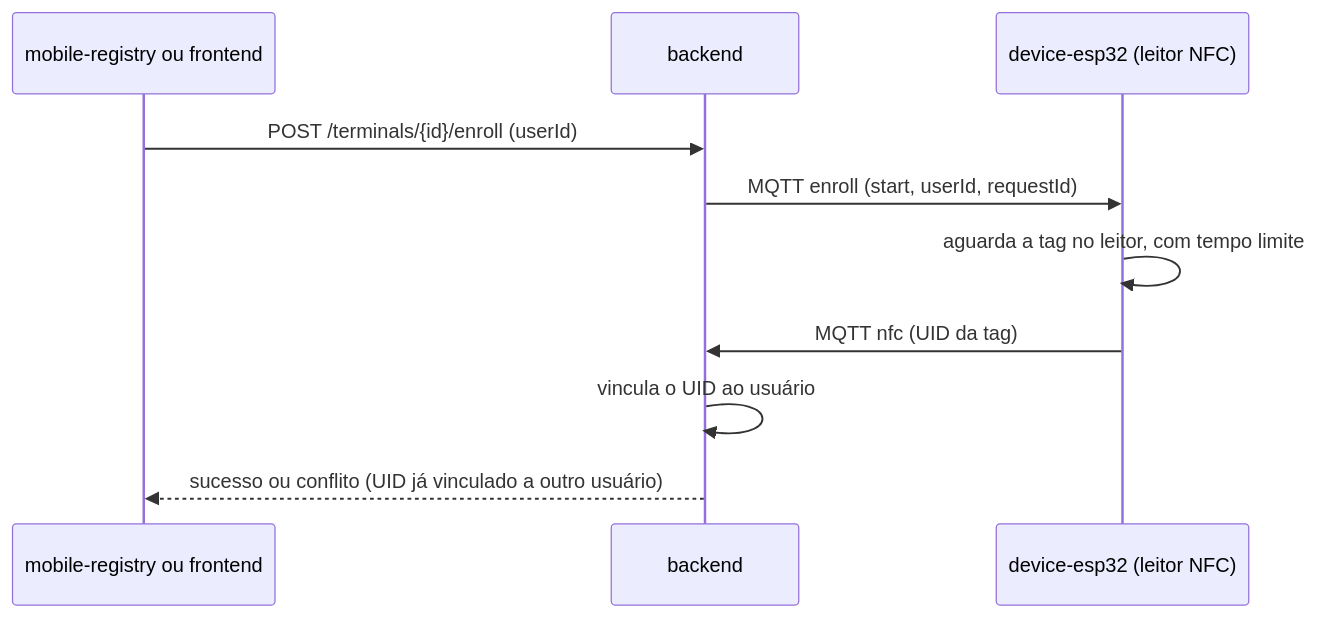
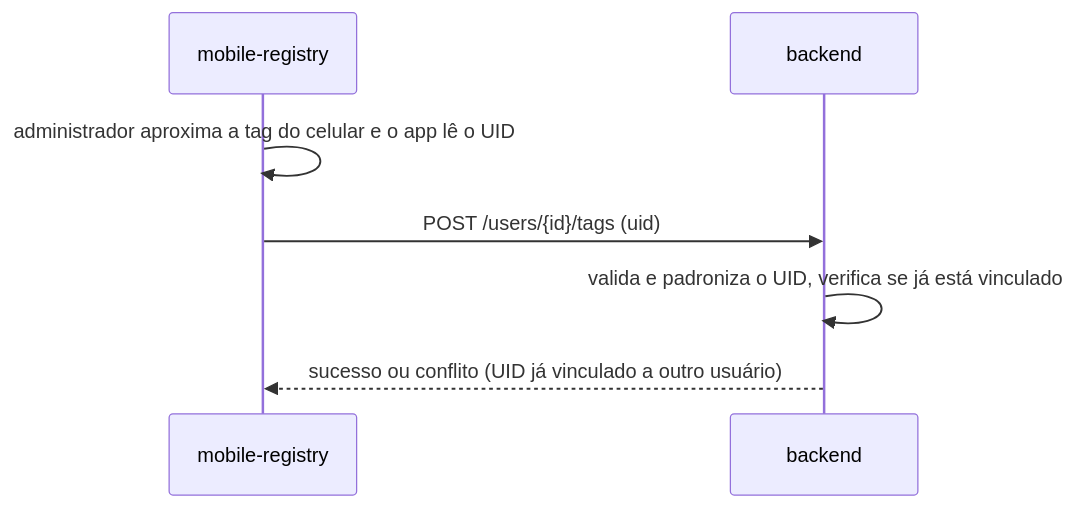
Before and after one commit to Helloworld-fatec/access-control: the fourth of 5 diagrams in docs/arquitetura.md, drawn with Mermaid. The commit also changed other lines of this file and 1 other file, not shown here.

First line of the commit message:
docs(arquitetura): cadastro de tags NFC permanece no mobile-registry

````diff
--- a/docs/arquitetura.md
+++ b/docs/arquitetura.md
@@ -174,13 +172,10 @@
 ```mermaid
 sequenceDiagram
-  participant A as mobile-registry ou frontend
+  participant A as mobile-registry
   participant B as backend
-  participant E as device-esp32 (leitor NFC)
 
-  A->>B: POST /terminals/{id}/enroll (userId)
-  B->>E: MQTT enroll (start, userId, requestId)
-  E->>E: aguarda a tag no leitor, com tempo limite
-  E->>B: MQTT nfc (UID da tag)
-  B->>B: vincula o UID ao usuário
+  A->>A: administrador aproxima a tag do celular e o app lê o UID
+  A->>B: POST /users/{id}/tags (uid)
+  B->>B: valida e padroniza o UID, verifica se já está vinculado
   B-->>A: sucesso ou conflito (UID já vinculado a outro usuário)
 ```
````
